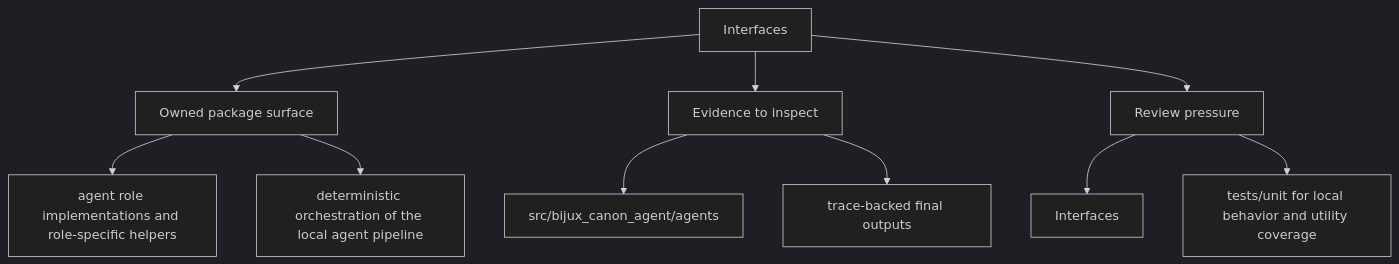
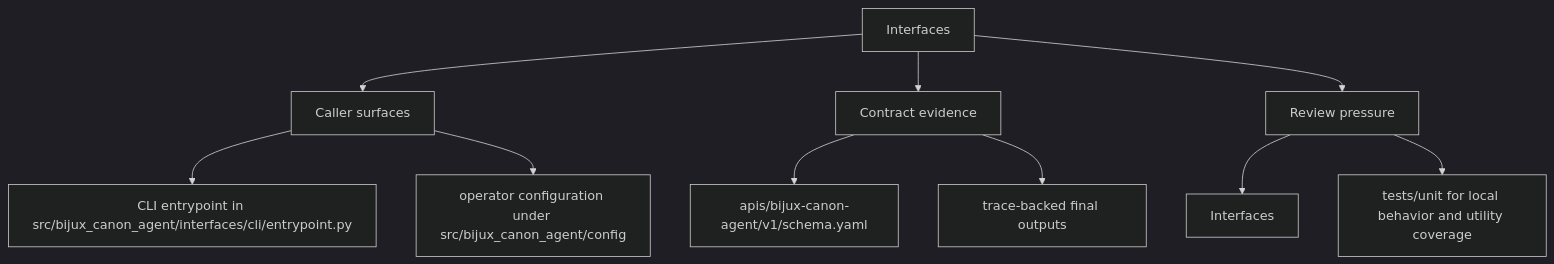
One commit to bijux/bijux-canon changed the second of 2 diagrams in docs/bijux-canon-agent/interfaces/index.md. Above: the diagram before and after it, drawn with Mermaid (dark theme). The commit also changed other lines of this file and 250 other files, not shown here.

Commit message:
docs(diagrams): make product page maps more readable

````diff
--- a/docs/bijux-canon-agent/interfaces/index.md
+++ b/docs/bijux-canon-agent/interfaces/index.md
@@ -32,22 +32,22 @@
 ```mermaid
 flowchart TD
     page["Interfaces"]
-    focus1["Owned package surface"]
+    focus1["Caller surfaces"]
     page --> focus1
-    focus1_1["agent role implementations and role-specific helpers"]
+    focus1_1["CLI entrypoint in src/bijux_canon_agent/interfaces/cli/entrypoint.py"]
     focus1 --> focus1_1
-    focus1_2["deterministic orchestration of the local agent pipeline"]
+    focus1_2["operator configuration under src/bijux_canon_agent/config"]
     focus1 --> focus1_2
-    focus2["Evidence to inspect"]
+    focus2["Contract evidence"]
     page --> focus2
-    focus2_1["src/bijux_canon_agent/agents"]
+    focus2_1["apis/bijux-canon-agent/v1/schema.yaml"]
     focus2 --> focus2_1
     focus2_2["trace-backed final outputs"]
     focus2 --> focus2_2
     focus3["Review pressure"]
     page --> focus3
     focus3_1["Interfaces"]
     focus3 --> focus3_1
     focus3_2["tests/unit for local behavior and utility coverage"]
     focus3 --> focus3_2
 ```
````
